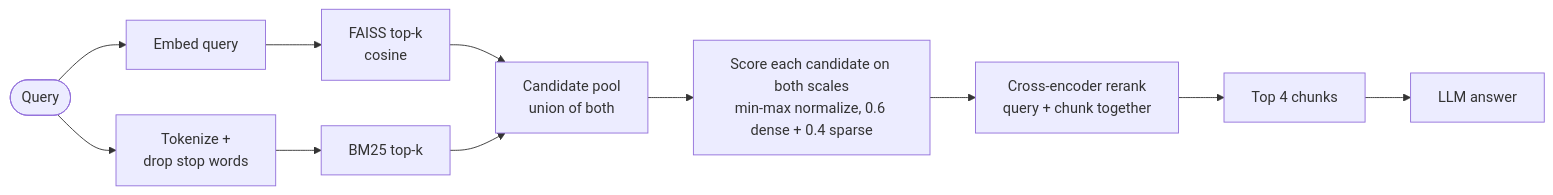
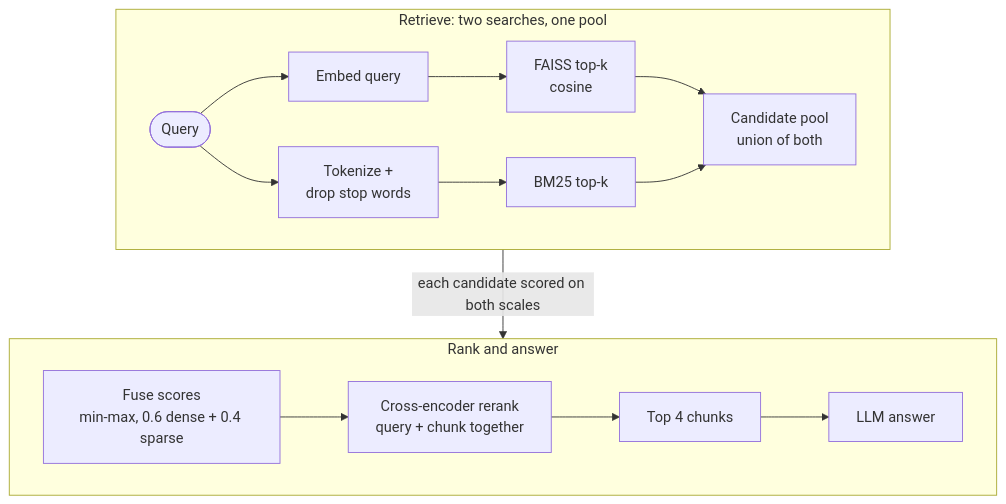
One commit to e-choness/portfolio-site changed the diagram in _posts/2025-12-28-advanced-rag.md. Above: the diagram before and after it, drawn with Mermaid. The commit also changed 22 other files, not shown here.

Commit message:
improve diagram display

````diff
--- a/_posts/2025-12-28-advanced-rag.md
+++ b/_posts/2025-12-28-advanced-rag.md
@@ -40,13 +40,19 @@
 ```mermaid
-flowchart LR
-  q([Query]) --> emb[Embed query]
-  q --> tok[Tokenize +<br/>drop stop words]
-  emb --> dense[FAISS top-k<br/>cosine]
-  tok --> sparse[BM25 top-k]
-  dense --> pool[Candidate pool<br/>union of both]
-  sparse --> pool
-  pool --> fuse["Score each candidate on both scales<br/>min-max normalize, 0.6 dense + 0.4 sparse"]
-  fuse --> rr[Cross-encoder rerank<br/>query + chunk together]
-  rr --> top[Top 4 chunks]
-  top --> llm[LLM answer]
+flowchart TB
+  subgraph retrieve["Retrieve: two searches, one pool"]
+    direction LR
+    q([Query]) --> emb[Embed query]
+    q --> tok[Tokenize +<br/>drop stop words]
+    emb --> dense[FAISS top-k<br/>cosine]
+    tok --> sparse[BM25 top-k]
+    dense --> pool[Candidate pool<br/>union of both]
+    sparse --> pool
+  end
+  subgraph rank["Rank and answer"]
+    direction LR
+    fuse["Fuse scores<br/>min-max, 0.6 dense + 0.4 sparse"] --> rr[Cross-encoder rerank<br/>query + chunk together]
+    rr --> top[Top 4 chunks]
+    top --> llm[LLM answer]
+  end
+  retrieve -- "each candidate scored on both scales" --> rank
 ```
````
